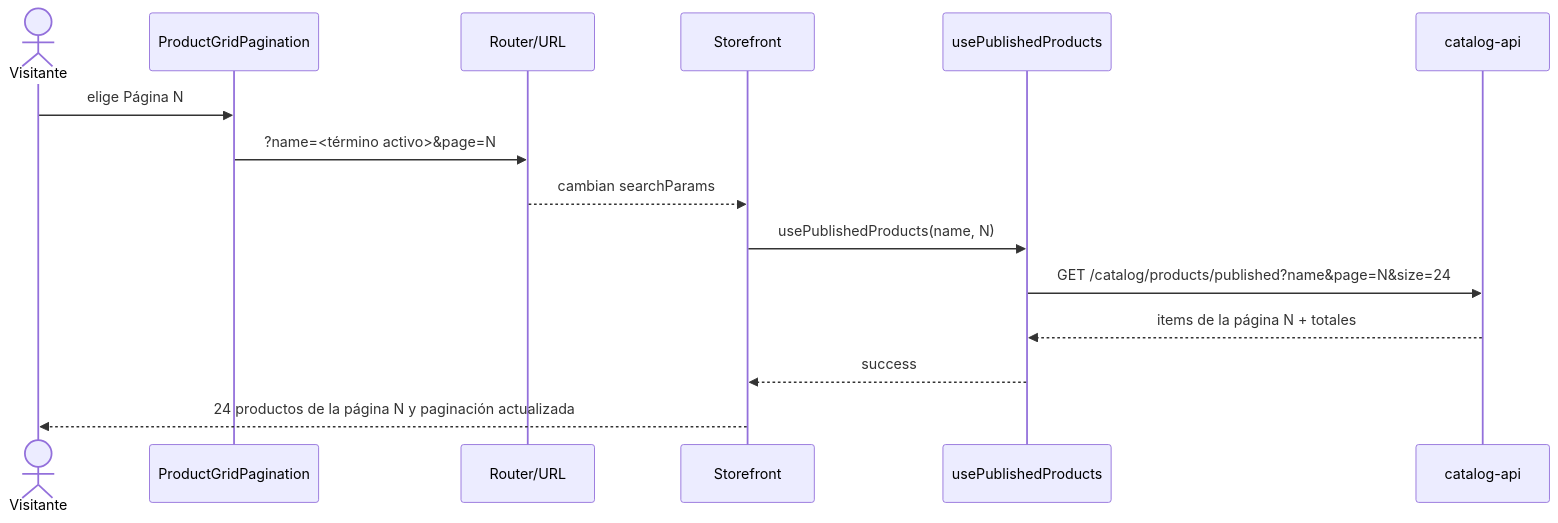
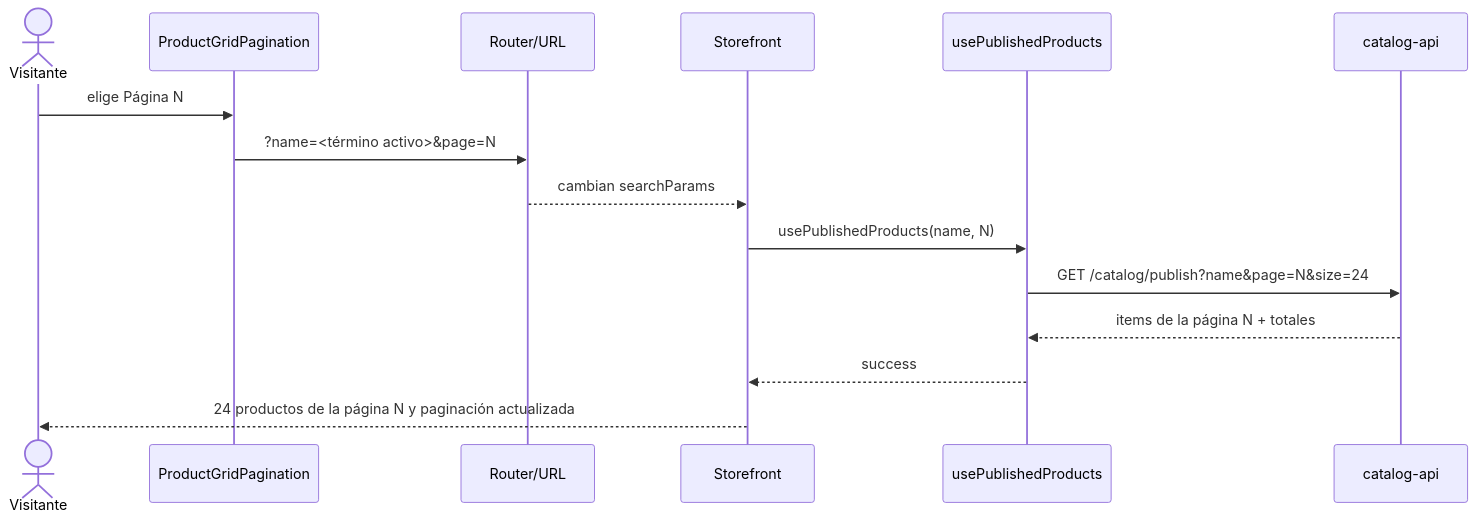
Before and after one commit to Dariosoft/fes-client-web: the fourth of 5 diagrams in specs/002-storefront-product-grid/uml.md, drawn with Mermaid. The commit also changed other lines of this file and 4 other files, not shown here.

First line of the commit message:
feat: read the published products from /catalog/publish

````diff
--- a/specs/002-storefront-product-grid/uml.md
+++ b/specs/002-storefront-product-grid/uml.md
@@ -193,18 +193,18 @@
 ```mermaid
 sequenceDiagram
   actor V as Visitante
   participant P as ProductGridPagination
   participant R as Router/URL
   participant S as Storefront
   participant H as usePublishedProducts
   participant A as catalog-api
 
   V->>P: elige Página N
   P->>R: ?name=<término activo>&page=N
   R-->>S: cambian searchParams
   S->>H: usePublishedProducts(name, N)
-  H->>A: GET /catalog/products/published?name&page=N&size=24
+  H->>A: GET /catalog/publish?name&page=N&size=24
   A-->>H: items de la página N + totales
   H-->>S: success
   S-->>V: 24 productos de la página N y paginación actualizada
 ```
````
